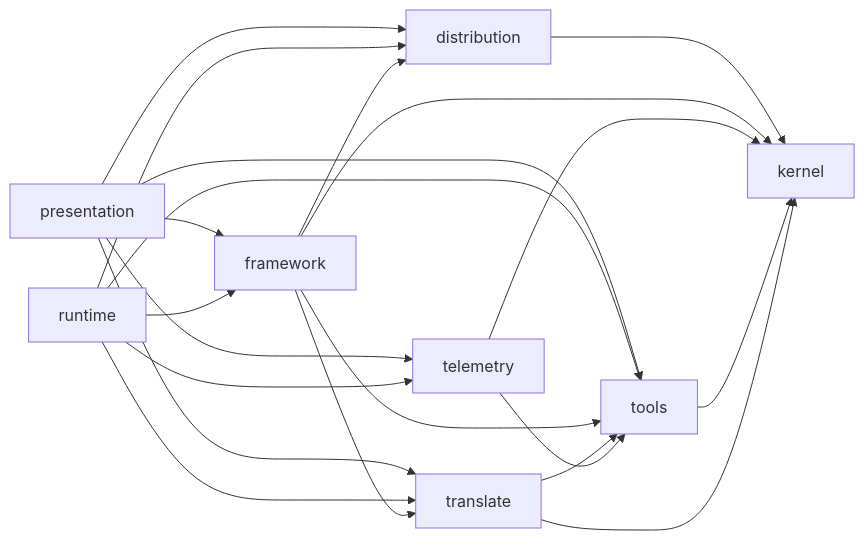
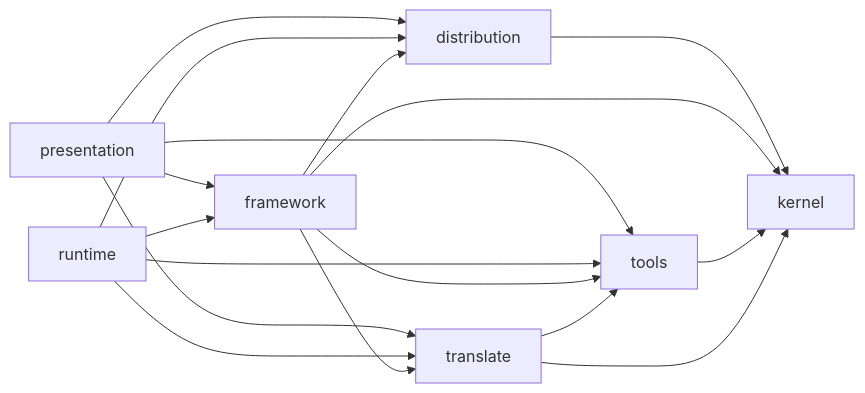
Before and after one commit to ai-driven-dev/framework: the diagram in cli/aidd_docs/memory/architecture.md, drawn with Mermaid. The commit also changed other lines of this file and 419 other files, not shown here.

````diff
--- a/cli/aidd_docs/memory/architecture.md
+++ b/cli/aidd_docs/memory/architecture.md
@@ -15,23 +15,19 @@
 ```mermaid
 flowchart LR
     Presentation["presentation"] --> Distribution["distribution"]
     Presentation --> Framework["framework"]
-    Presentation --> Telemetry["telemetry"]
     Presentation --> Tools["tools"]
     Presentation --> Translate["translate"]
     Runtime["runtime"] --> Distribution
     Runtime --> Framework
-    Runtime --> Telemetry
     Runtime --> Tools
     Runtime --> Translate
     Framework --> Translate
     Framework --> Distribution
     Framework --> Tools
     Translate --> Tools
-    Telemetry --> Tools
     Distribution --> Kernel["kernel"]
     Framework --> Kernel
-    Telemetry --> Kernel
     Tools --> Kernel
     Translate --> Kernel
 ```
````
